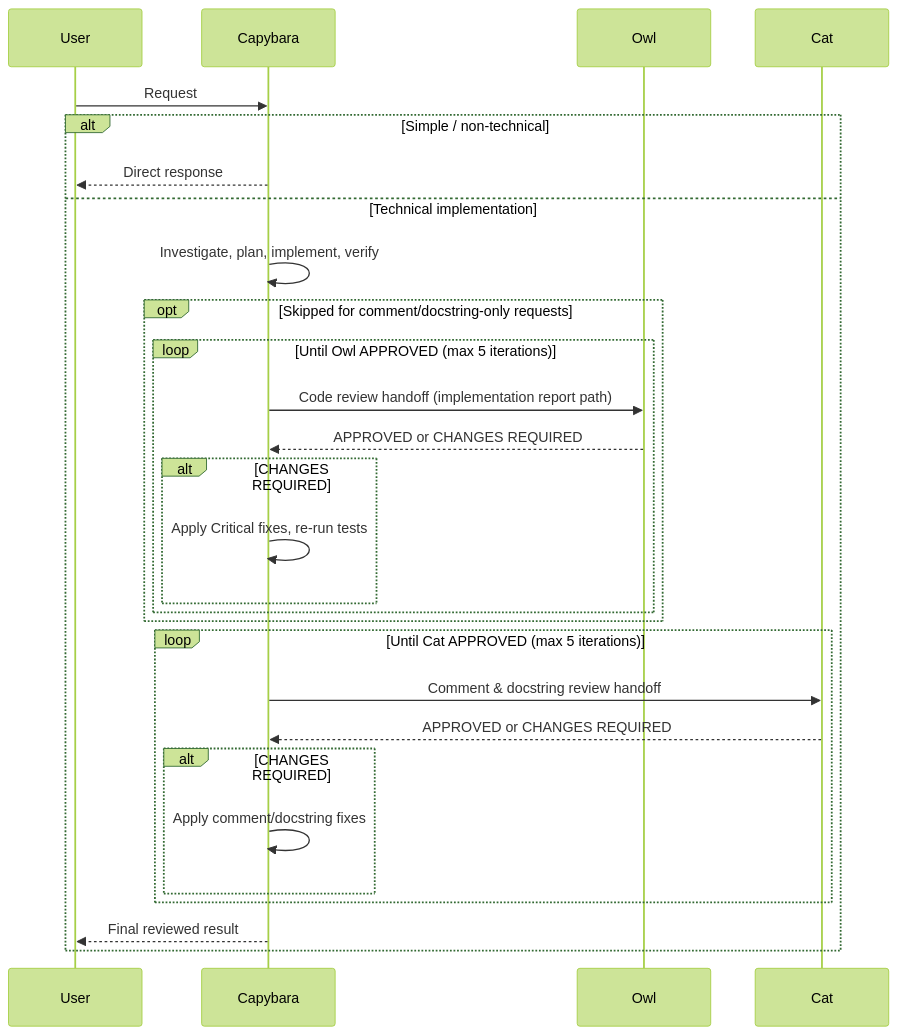
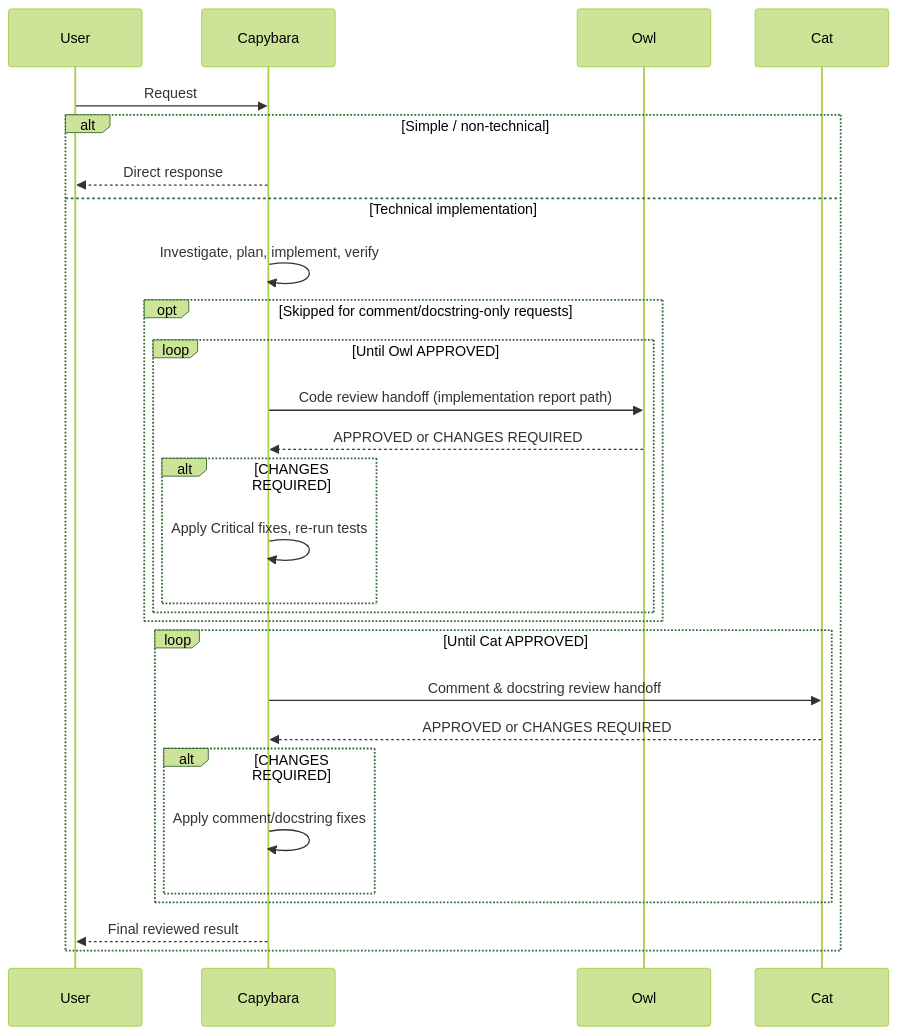
Before and after one commit to kevinkwee/github-copilot-squad-simplified: the second of 2 diagrams in README.md, drawn with Mermaid (forest theme). The commit also changed other lines of this file and 3 other files, not shown here.

````diff
--- a/README.md
+++ b/README.md
@@ -187,32 +187,32 @@
 ```mermaid
 sequenceDiagram
   participant U as User
   participant C as Capybara
   participant W as Owl
   participant A as Cat
 
   U->>C: Request
 
   alt Simple / non-technical
     C-->>U: Direct response
   else Technical implementation
     C->>C: Investigate, plan, implement, verify
     opt Skipped for comment/docstring-only requests
-      loop Until Owl APPROVED (max 5 iterations)
+      loop Until Owl APPROVED
         C->>W: Code review handoff (implementation report path)
         W-->>C: APPROVED or CHANGES REQUIRED
         alt CHANGES REQUIRED
           C->>C: Apply Critical fixes, re-run tests
         end
       end
     end
-    loop Until Cat APPROVED (max 5 iterations)
+    loop Until Cat APPROVED
       C->>A: Comment & docstring review handoff
       A-->>C: APPROVED or CHANGES REQUIRED
       alt CHANGES REQUIRED
         C->>C: Apply comment/docstring fixes
       end
     end
     C-->>U: Final reviewed result
   end
 ```
````
